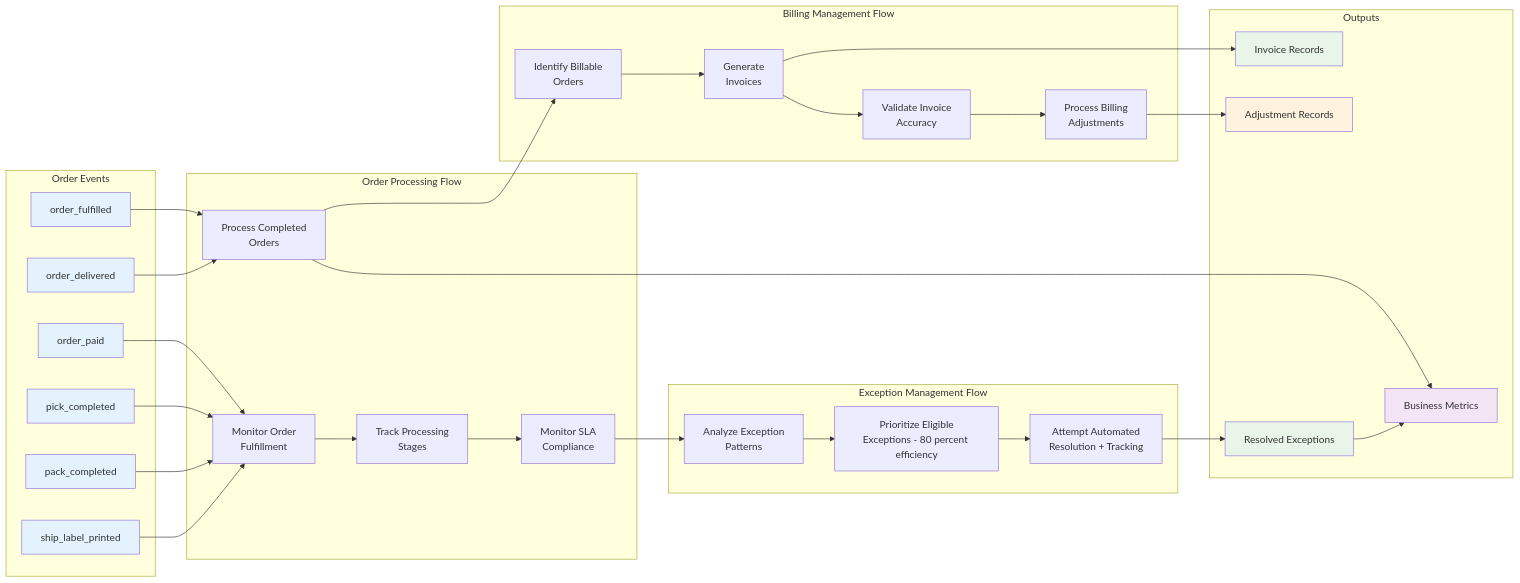
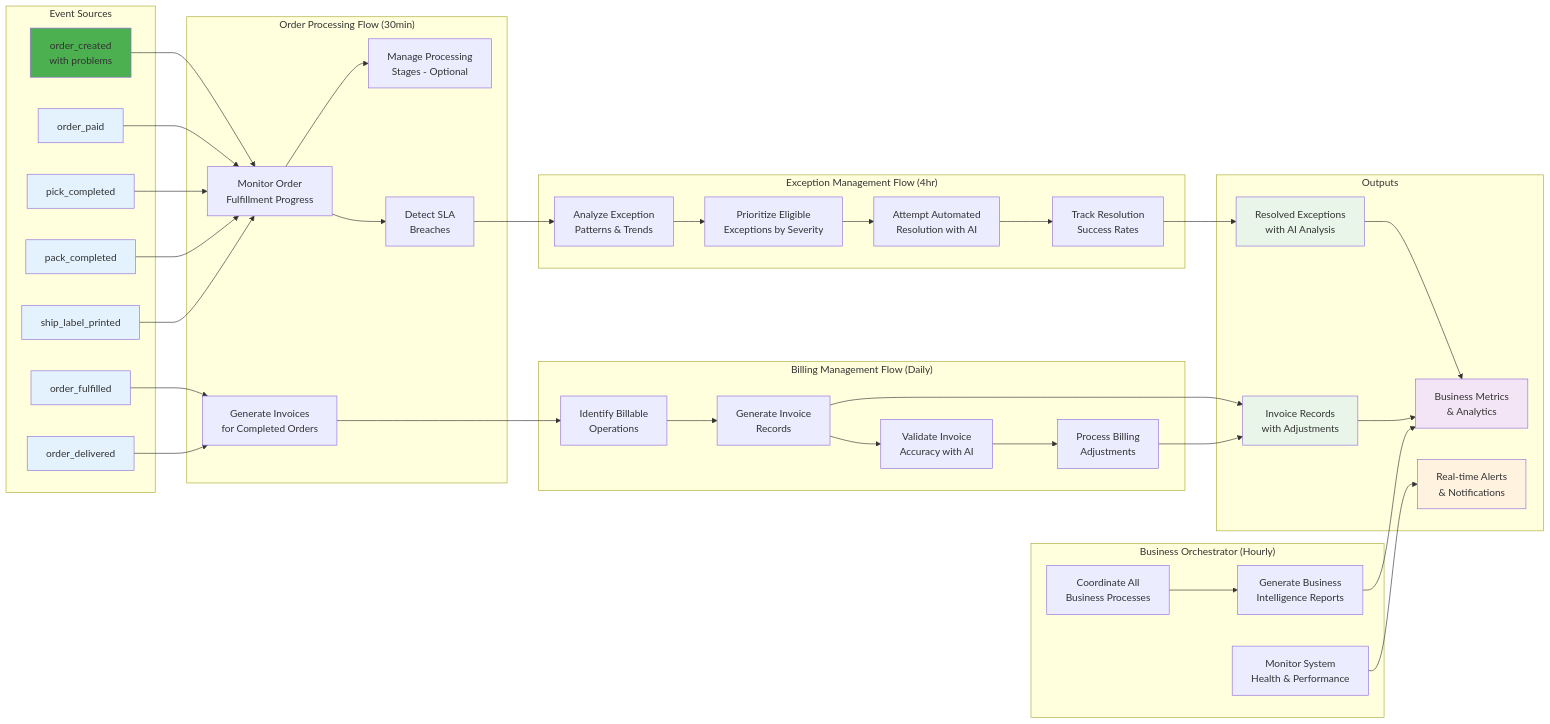
The fourth of 4 diagrams in README.md (chernistry/e2a), drawn with Mermaid before and after one commit. The commit also changed other lines of this file, not shown here.

````diff
--- a/README.md
+++ b/README.md
@@ -310,74 +331,89 @@
 ```mermaid
 flowchart LR
-    subgraph "Order Events"
-        E1[order_paid]
-        E2[pick_completed]
-        E3[pack_completed]
-        E4[ship_label_printed]
-        E5[order_fulfilled]
-        E6[order_delivered]
+    subgraph "Event Sources"
+        E1[order_created<br/>with problems]
+        E2[order_paid]
+        E3[pick_completed]
+        E4[pack_completed]
+        E5[ship_label_printed]
+        E6[order_fulfilled]
+        E7[order_delivered]
     end
     
-    subgraph "Order Processing Flow"
-        MONITOR[Monitor Order<br/>Fulfillment]
-        STAGES[Track Processing<br/>Stages]
-        COMPLETE[Process Completed<br/>Orders]
-        SLA_CHECK[Monitor SLA<br/>Compliance]
+    subgraph "Order Processing Flow (30min)"
+        MONITOR[Monitor Order<br/>Fulfillment Progress]
+        STAGES[Manage Processing<br/>Stages - Optional]
+        SLA_CHECK[Detect SLA<br/>Breaches]
+        INVOICE_GEN[Generate Invoices<br/>for Completed Orders]
     end
     
-    subgraph "Exception Management Flow"
-        ANALYZE[Analyze Exception<br/>Patterns]
-        PRIORITIZE[Prioritize Eligible<br/>Exceptions - 80 percent efficiency]
-        AUTO_RESOLVE[Attempt Automated<br/>Resolution + Tracking]
+    subgraph "Exception Management Flow (4hr)"
+        ANALYZE[Analyze Exception<br/>Patterns & Trends]
+        PRIORITIZE[Prioritize Eligible<br/>Exceptions by Severity]
+        AUTO_RESOLVE[Attempt Automated<br/>Resolution with AI]
+        TRACK_RESOLUTION[Track Resolution<br/>Success Rates]
     end
     
-    subgraph "Billing Management Flow"
-        IDENTIFY[Identify Billable<br/>Orders]
-        GENERATE[Generate<br/>Invoices]
-        VALIDATE[Validate Invoice<br/>Accuracy]
+    subgraph "Billing Management Flow (Daily)"
+        IDENTIFY[Identify Billable<br/>Operations]
+        GENERATE[Generate Invoice<br/>Records]
+        VALIDATE[Validate Invoice<br/>Accuracy with AI]
         ADJUST[Process Billing<br/>Adjustments]
     end
     
+    subgraph "Business Orchestrator (Hourly)"
+        COORDINATE[Coordinate All<br/>Business Processes]
+        METRICS[Generate Business<br/>Intelligence Reports]
+        HEALTH[Monitor System<br/>Health & Performance]
+    end
+    
     subgraph "Outputs"
-        INVOICES[Invoice Records]
-        ADJUSTMENTS[Adjustment Records]
-        RESOLVED[Resolved Exceptions]
-        METRICS[Business Metrics]
+        INVOICES[Invoice Records<br/>with Adjustments]
+        RESOLVED[Resolved Exceptions<br/>with AI Analysis]
+        REPORTS[Business Metrics<br/>& Analytics]
+        ALERTS[Real-time Alerts<br/>& Notifications]
     end
     
     E1 --> MONITOR
     E2 --> MONITOR
     E3 --> MONITOR
     E4 --> MONITOR
-    E5 --> COMPLETE
-    E6 --> COMPLETE
+    E5 --> MONITOR
+    E6 --> INVOICE_GEN
+    E7 --> INVOICE_GEN
     
     MONITOR --> STAGES
-    STAGES --> SLA_CHECK
-    COMPLETE --> IDENTIFY
+    MONITOR --> SLA_CHECK
+    SLA_CHECK --> ANALYZE
     
-    SLA_CHECK --> ANALYZE
     ANALYZE --> PRIORITIZE
     PRIORITIZE --> AUTO_RESOLVE
-    AUTO_RESOLVE --> RESOLVED
+    AUTO_RESOLVE --> TRACK_RESOLUTION
+    TRACK_RESOLUTION --> RESOLVED
     
+    INVOICE_GEN --> IDENTIFY
     IDENTIFY --> GENERATE
     GENERATE --> VALIDATE
     VALIDATE --> ADJUST
     
     GENERATE --> INVOICES
-    ADJUST --> ADJUSTMENTS
-    COMPLETE --> METRICS
-    RESOLVED --> METRICS
+    ADJUST --> INVOICES
+    RESOLVED --> REPORTS
+    INVOICES --> REPORTS
     
-    style E1 fill:#e3f2fd
+    COORDINATE --> METRICS
+    METRICS --> REPORTS
+    HEALTH --> ALERTS
+    
+    style E1 fill:#4caf50
     style E2 fill:#e3f2fd
     style E3 fill:#e3f2fd
     style E4 fill:#e3f2fd
     style E5 fill:#e3f2fd
     style E6 fill:#e3f2fd
+    style E7 fill:#e3f2fd
     style INVOICES fill:#e8f5e8
-    style ADJUSTMENTS fill:#fff3e0
     style RESOLVED fill:#e8f5e8
-    style METRICS fill:#f3e5f5
+    style REPORTS fill:#f3e5f5
+    style ALERTS fill:#fff3e0
 ```
````
